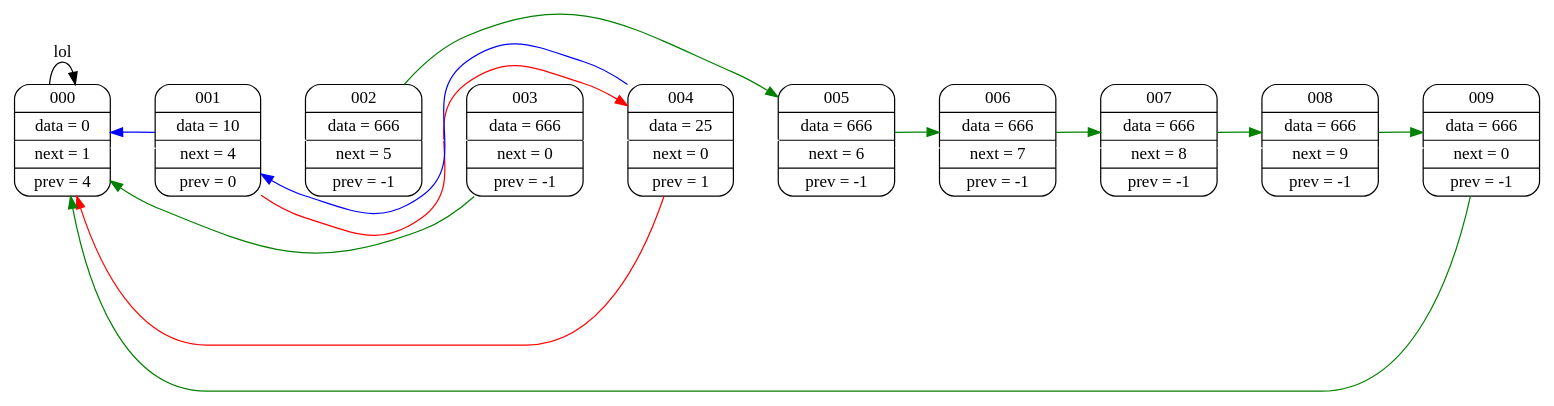
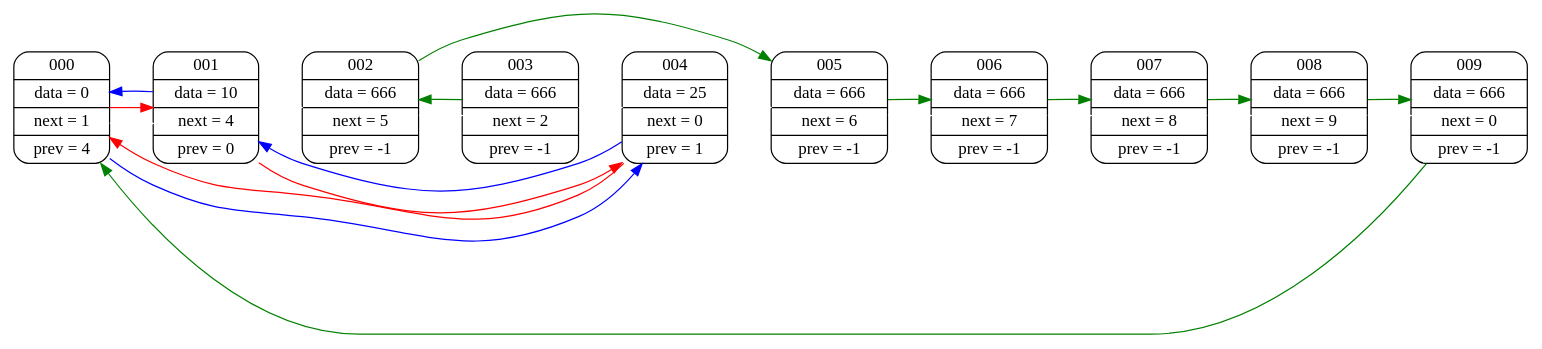
Before and after one commit to daniilgriga/List: the diagram in graphviz/dump.dot, drawn with Graphviz. The commit also changed 3 other files, not shown here.

```diff
--- a/graphviz/dump.dot
+++ b/graphviz/dump.dot
@@ -1,41 +1,47 @@
 digraph
 {
 rankdir = "LR";
 node000 [shape=Mrecord; label = "  000 | data =   0 | next =   1 | prev =   4  "];
 node001 [shape=Mrecord; label = "  001 | data =  10 | next =   4 | prev =   0  "];
 node002 [shape=Mrecord; label = "  002 | data = 666 | next =   5 | prev =  -1  "];
-node003 [shape=Mrecord; label = "  003 | data = 666 | next =   0 | prev =  -1  "];
+node003 [shape=Mrecord; label = "  003 | data = 666 | next =   2 | prev =  -1  "];
 node004 [shape=Mrecord; label = "  004 | data =  25 | next =   0 | prev =   1  "];
 node005 [shape=Mrecord; label = "  005 | data = 666 | next =   6 | prev =  -1  "];
 node006 [shape=Mrecord; label = "  006 | data = 666 | next =   7 | prev =  -1  "];
 node007 [shape=Mrecord; label = "  007 | data = 666 | next =   8 | prev =  -1  "];
 node008 [shape=Mrecord; label = "  008 | data = 666 | next =   9 | prev =  -1  "];
 node009 [shape=Mrecord; label = "  009 | data = 666 | next =   0 | prev =  -1  "];
 
 node000 -> node001 [ weight=1000; color=white; ];
 node001 -> node002 [ weight=1000; color=white; ];
 node002 -> node003 [ weight=1000; color=white; ];
 node003 -> node004 [ weight=1000; color=white; ];
 node004 -> node005 [ weight=1000; color=white; ];
 node005 -> node006 [ weight=1000; color=white; ];
 node006 -> node007 [ weight=1000; color=white; ];
 node007 -> node008 [ weight=1000; color=white; ];
 node008 -> node009 [ weight=1000; color=white; ];
+node000 -> node001 [ color=red; ]
 
-node000 -> node000 [ label = "lol"];
+node000 -> node004 [ color=blue; ]
+node001 -> node004 [ color=red; ]
 
-node001 -> node004 [ color=red; ]
+node001 -> node000 [ color=blue; ]
+node002 -> node005 [ color=green; ]
+
+node003 -> node002 [ color=green; ]
+
 node004 -> node000 [ color=red; ]
 
-node001 -> node000 [ color=blue; ]
 node004 -> node001 [ color=blue; ]
+node005 -> node006 [ color=green; ]
 
-node002 -> node005 [ color=green; ]
-node003 -> node000 [ color=green; ]
+node006 -> node007 [ color=green; ]
 
-node005 -> node006 [ color=green; ]
-node006 -> node007 [ color=green; ]
 node007 -> node008 [ color=green; ]
+
 node008 -> node009 [ color=green; ]
+
 node009 -> node000 [ color=green; ]
+
 }
```
